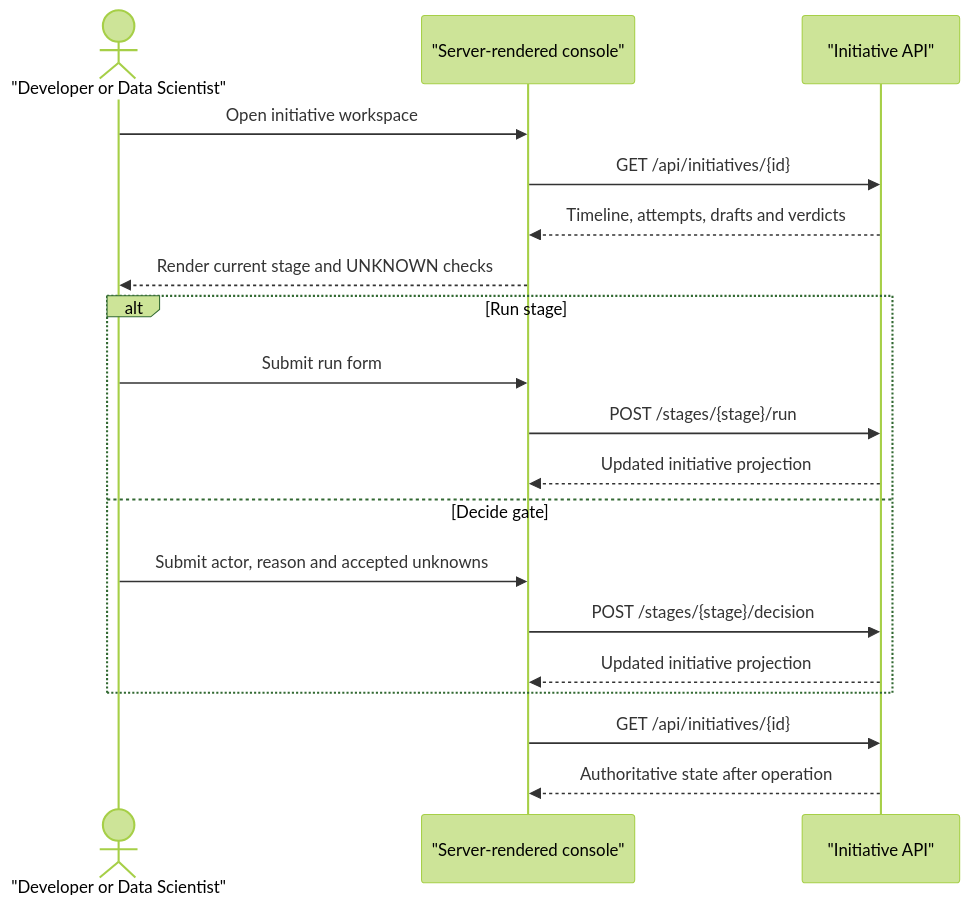
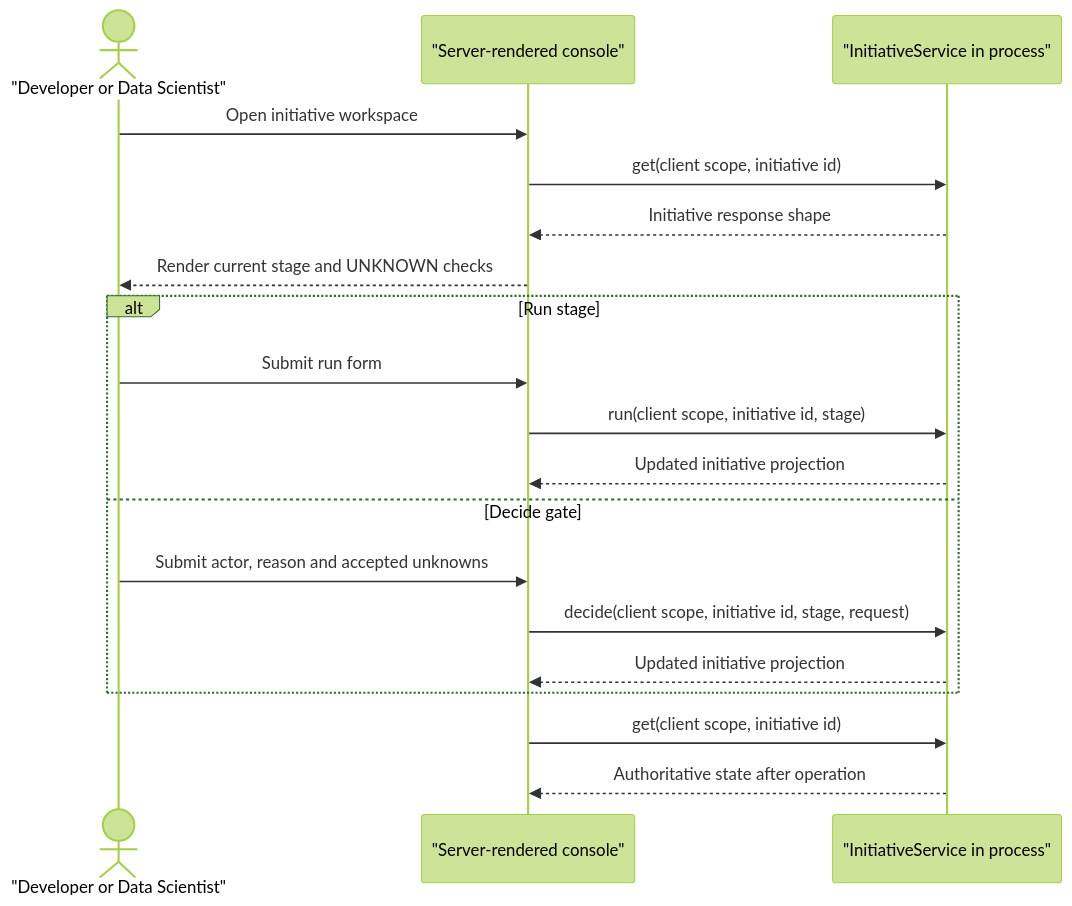
Before and after one commit to mohangundappa/aurora-model-studio: the diagram in docs/design/impl/layer-0-console.md, drawn with Mermaid (forest theme). The commit also changed other lines of this file and 4 other files, not shown here.

````diff
--- a/docs/design/impl/layer-0-console.md
+++ b/docs/design/impl/layer-0-console.md
@@ -122,21 +145,21 @@
 ```mermaid
 sequenceDiagram
   actor U as "Developer or Data Scientist"
   participant C as "Server-rendered console"
-  participant I as "Initiative API"
+  participant S as "InitiativeService in process"
   U->>C: Open initiative workspace
-  C->>I: GET /api/initiatives/{id}
-  I-->>C: Timeline, attempts, drafts and verdicts
+  C->>S: get(client scope, initiative id)
+  S-->>C: Initiative response shape
   C-->>U: Render current stage and UNKNOWN checks
   alt Run stage
     U->>C: Submit run form
-    C->>I: POST /stages/{stage}/run
-    I-->>C: Updated initiative projection
+    C->>S: run(client scope, initiative id, stage)
+    S-->>C: Updated initiative projection
   else Decide gate
     U->>C: Submit actor, reason and accepted unknowns
-    C->>I: POST /stages/{stage}/decision
-    I-->>C: Updated initiative projection
+    C->>S: decide(client scope, initiative id, stage, request)
+    S-->>C: Updated initiative projection
   end
-  C->>I: GET /api/initiatives/{id}
-  I-->>C: Authoritative state after operation
+  C->>S: get(client scope, initiative id)
+  S-->>C: Authoritative state after operation
 ```
````
